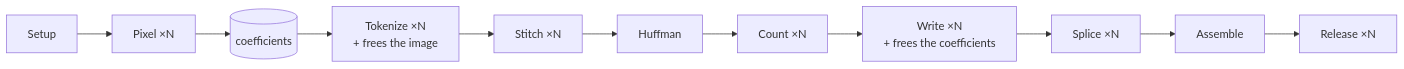
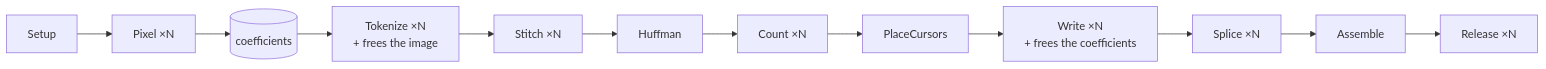
The sixth of 7 diagrams in ctJpeg/docs/task-graph.md (ThinkMeta-com/ThinkMeta.ConcurrentTasks.Samples), drawn with Mermaid before and after one commit. The commit also changed other lines of this file and 700 other files, not shown here.

````diff
--- a/ctJpeg/docs/task-graph.md
+++ b/ctJpeg/docs/task-graph.md
@@ -223,4 +281,4 @@
 ```mermaid
 flowchart LR
-    S["Setup"] --> P["Pixel ×N"] --> C[("coefficients")] --> T["Tokenize ×N<br/>+ frees the image"] --> ST["Stitch ×N"] --> H["Huffman"] --> CO["Count ×N"] --> W["Write ×N<br/>+ frees the coefficients"] --> SP["Splice ×N"] --> A["Assemble"] --> RE["Release ×N"]
+    S["Setup"] --> P["Pixel ×N"] --> C[("coefficients")] --> T["Tokenize ×N<br/>+ frees the image"] --> ST["Stitch ×N"] --> H["Huffman"] --> CO["Count ×N"] --> PC["PlaceCursors"] --> W["Write ×N<br/>+ frees the coefficients"] --> SP["Splice ×N"] --> A["Assemble"] --> RE["Release ×N"]
 ```
````
